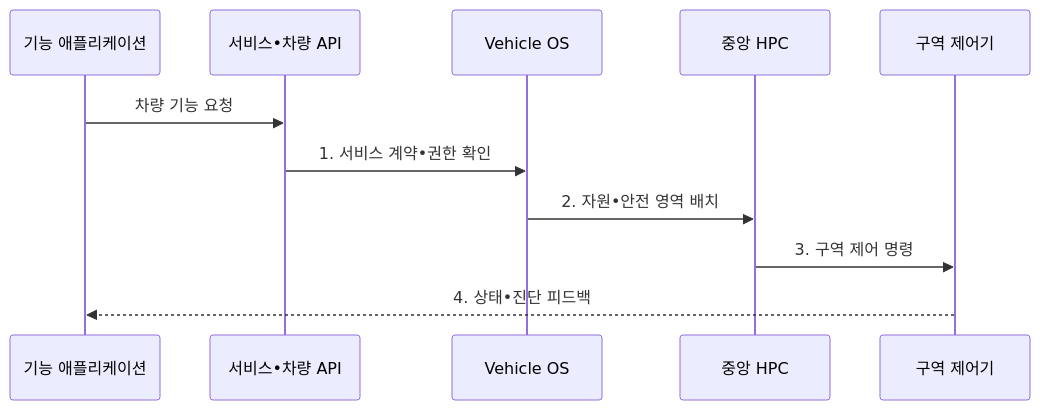
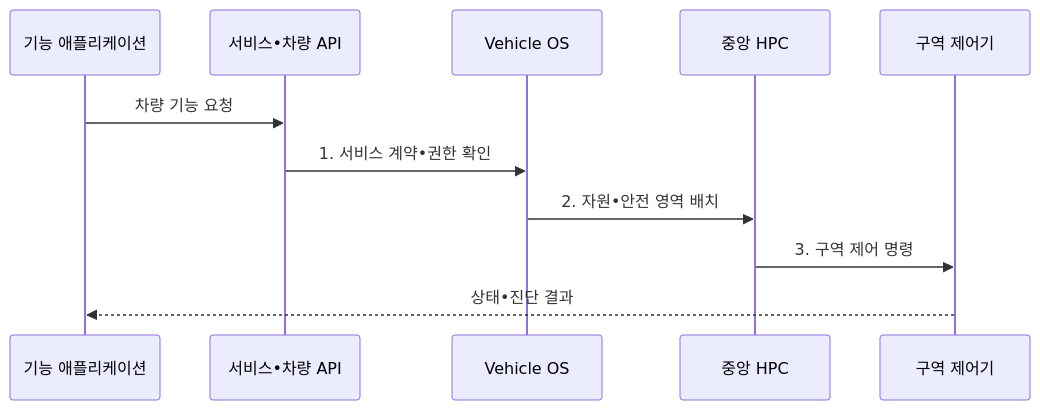
One commit to agnusdei1207/knowledge-base changed the second of 2 diagrams in src/content/docs/notes/08-latest-tech/204_software_defined_vehicle.md. Above: the diagram before and after it, drawn with Mermaid. The commit also changed other lines of this file and 15 other files, not shown here.

````diff
--- a/src/content/docs/notes/08-latest-tech/204_software_defined_vehicle.md
+++ b/src/content/docs/notes/08-latest-tech/204_software_defined_vehicle.md
@@ -118,13 +118,13 @@
 ```mermaid
 sequenceDiagram
   participant A as 기능 애플리케이션
   participant P as 서비스•차량 API
   participant O as Vehicle OS
   participant H as 중앙 HPC
   participant Z as 구역 제어기
   A->>P: 차량 기능 요청
   P->>O: 1. 서비스 계약•권한 확인
   O->>H: 2. 자원•안전 영역 배치
   H->>Z: 3. 구역 제어 명령
-  Z-->>A: 4. 상태•진단 피드백
+  Z-->>A: 상태•진단 결과
 ```
````
